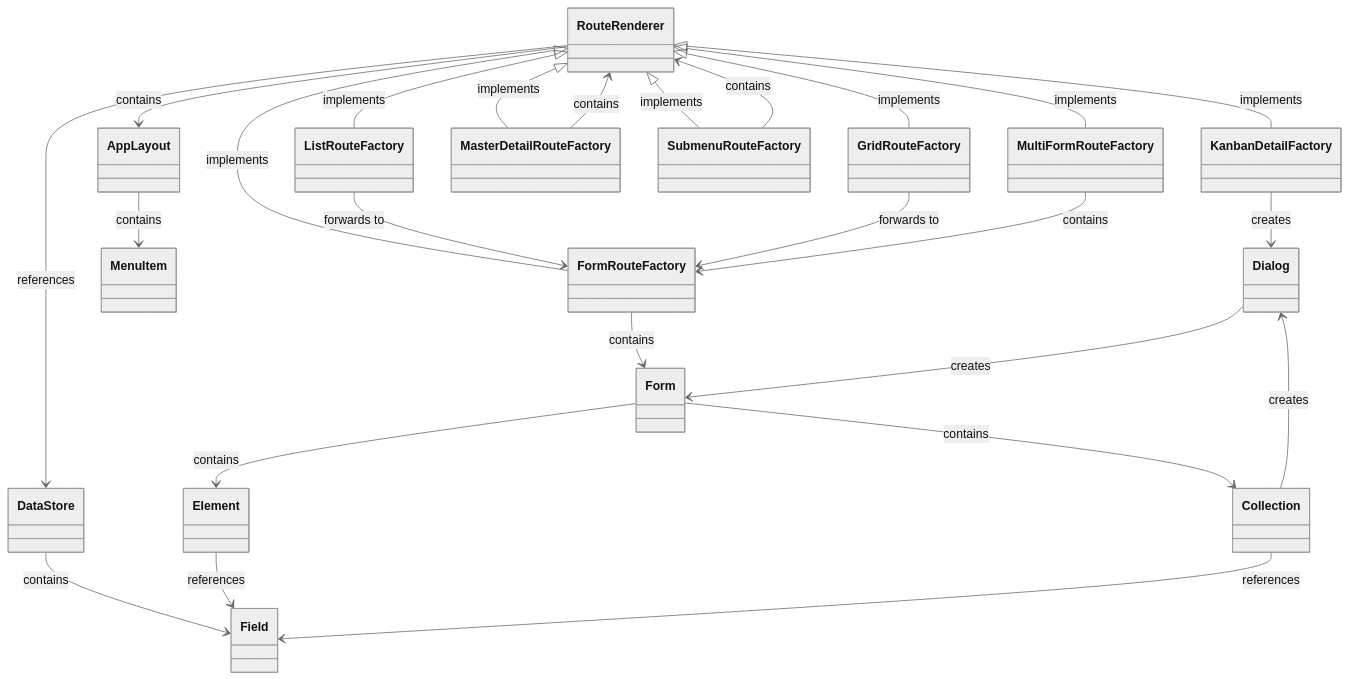
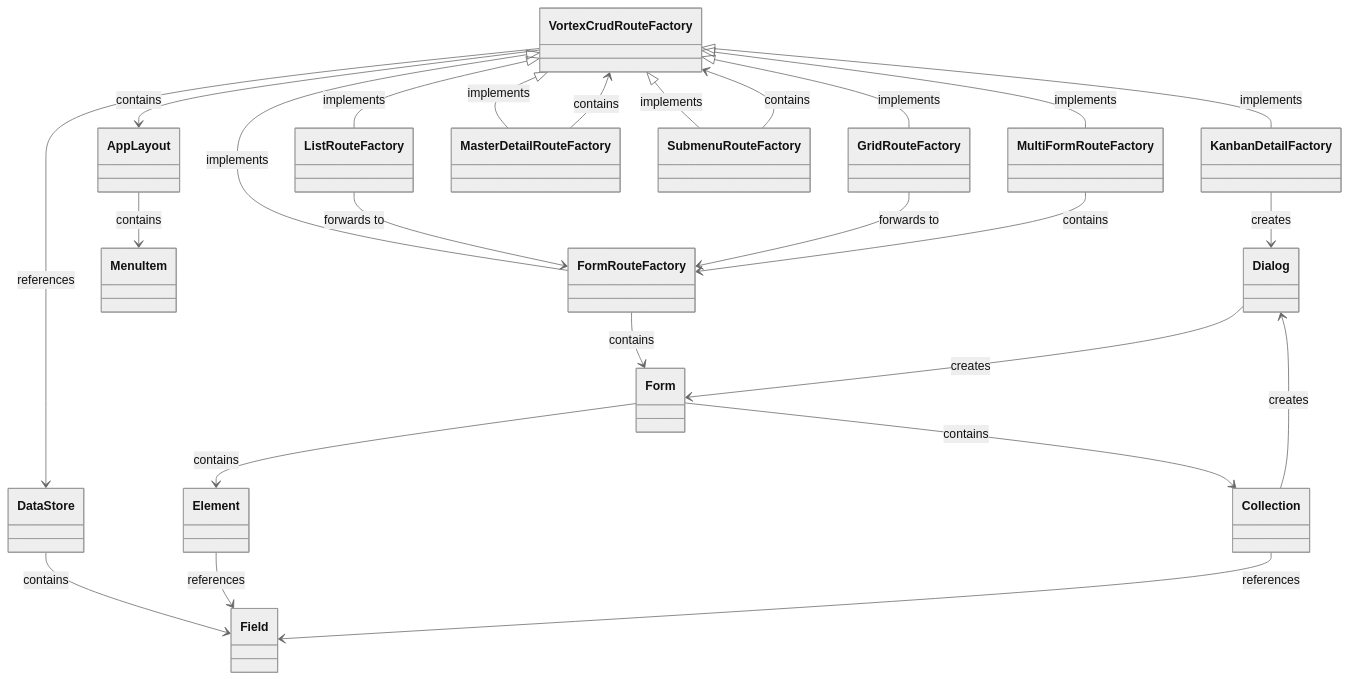
The second of 3 diagrams in README.md (appreciated/vortex-crud), drawn with Mermaid (neutral theme) before and after one commit. The commit also changed other lines of this file, not shown here.

````diff
--- a/README.md
+++ b/README.md
@@ -478,43 +478,43 @@
 ```mermaid
 classDiagram
     class Dialog
     class DataStore
     class Field
-    class RouteRenderer
+    class VortexCrudRouteFactory
     class KanbanDetailFactory
     class AppLayout
     class MenuItem
     class FormRouteFactory
     class GridRouteFactory
     class ListRouteFactory
     class MasterDetailRouteFactory
     class SubmenuRouteFactory
     class MultiFormRouteFactory
     class Element
     class Collection
 
-    RouteRenderer <|-- GridRouteFactory: implements
-    RouteRenderer <|-- KanbanDetailFactory: implements
-    RouteRenderer <|-- ListRouteFactory: implements
-    RouteRenderer <|-- MasterDetailRouteFactory: implements
-    RouteRenderer <|-- SubmenuRouteFactory: implements
-    RouteRenderer <|-- MultiFormRouteFactory: implements
-    RouteRenderer <|-- FormRouteFactory: implements
-    RouteRenderer --> AppLayout: contains
-    SubmenuRouteFactory --> RouteRenderer: contains
-    MasterDetailRouteFactory --> RouteRenderer: contains
+    VortexCrudRouteFactory <|-- GridRouteFactory: implements
+    VortexCrudRouteFactory <|-- KanbanDetailFactory: implements
+    VortexCrudRouteFactory <|-- ListRouteFactory: implements
+    VortexCrudRouteFactory <|-- MasterDetailRouteFactory: implements
+    VortexCrudRouteFactory <|-- SubmenuRouteFactory: implements
+    VortexCrudRouteFactory <|-- MultiFormRouteFactory: implements
+    VortexCrudRouteFactory <|-- FormRouteFactory: implements
+    VortexCrudRouteFactory --> AppLayout: contains
+    SubmenuRouteFactory --> VortexCrudRouteFactory: contains
+    MasterDetailRouteFactory --> VortexCrudRouteFactory: contains
     AppLayout --> MenuItem: contains
     ListRouteFactory --> FormRouteFactory: forwards to
     GridRouteFactory --> FormRouteFactory: forwards to
     FormRouteFactory --> Form: contains
     MultiFormRouteFactory --> FormRouteFactory: contains
     Form --> Element: contains
     Form --> Collection: contains
-    RouteRenderer --> DataStore: references
+    VortexCrudRouteFactory --> DataStore: references
     DataStore --> Field: contains
     Element --> Field: references
     Collection --> Field: references
     Collection --> Dialog: creates
     KanbanDetailFactory --> Dialog: creates
     Dialog --> Form: creates
 ```
````
